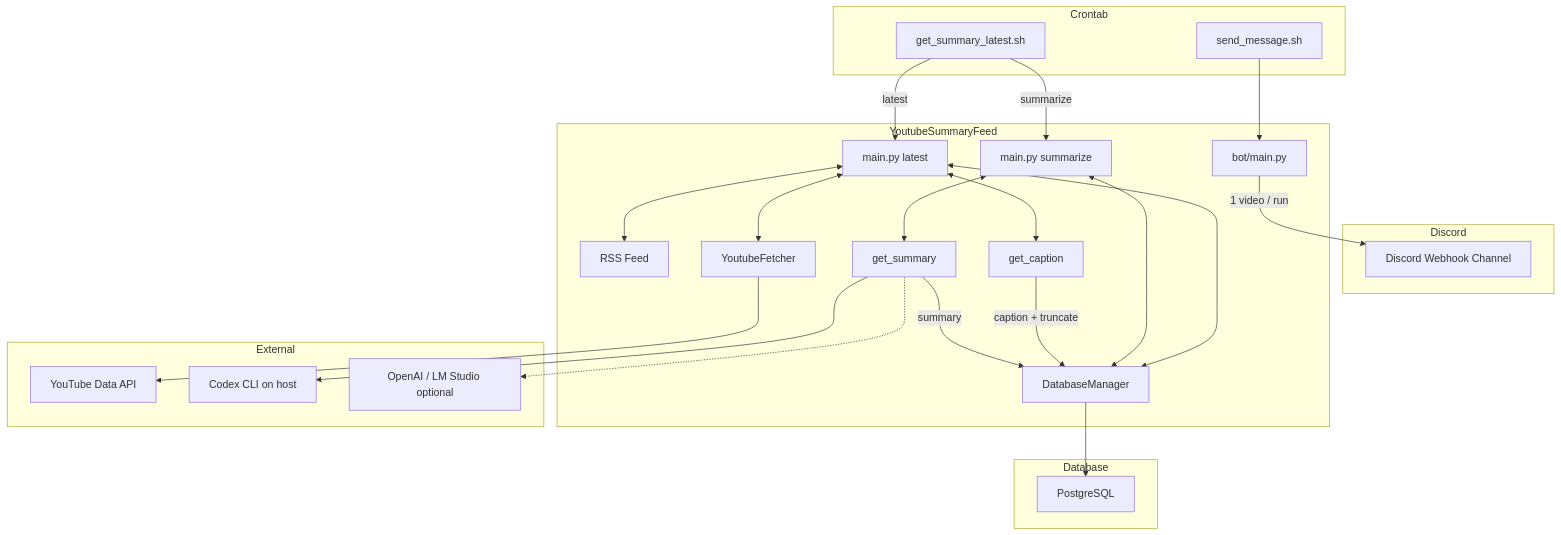
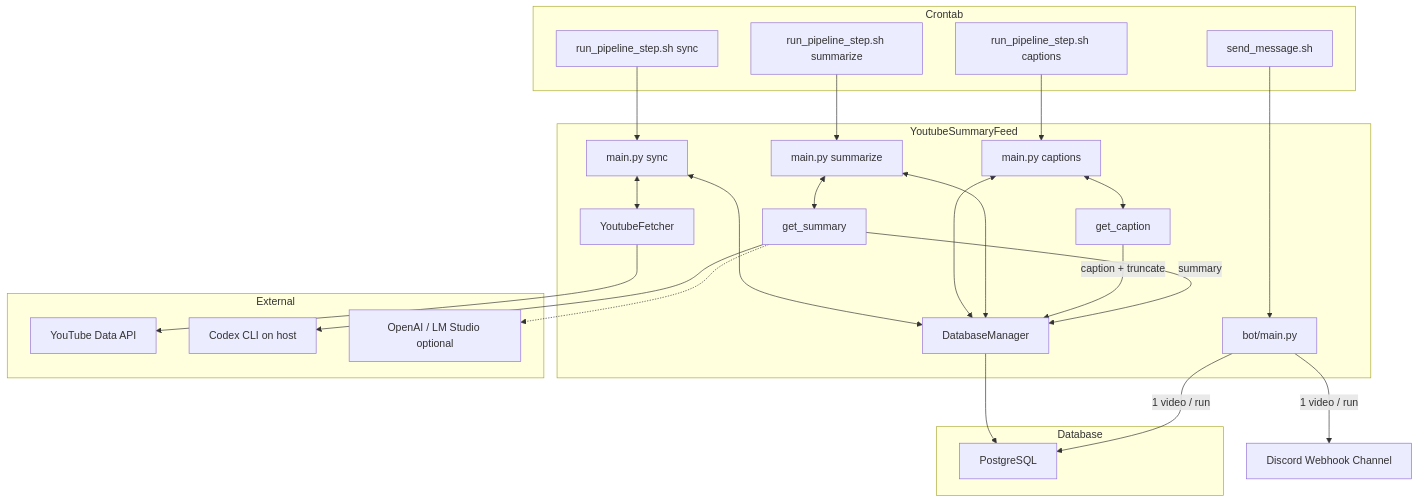
Before and after one commit to hoshimins/youtube_summary_bot: the diagram in document/architecture.md, drawn with Mermaid. The commit also changed 5 other files, not shown here.

````diff
--- a/document/architecture.md
+++ b/document/architecture.md
@@ -1,52 +1,51 @@
 ```mermaid
 graph TD
     subgraph Crontab
-        LatestVideo[get_summary_latest.sh]
+        SyncJob[run_pipeline_step.sh sync]
+        CaptionsJob[run_pipeline_step.sh captions]
+        SummarizeJob[run_pipeline_step.sh summarize]
         SendMessage[send_message.sh]
     end
 
-    subgraph Discord
-        DChannel[Discord Webhook Channel]
-    end
-
     subgraph YoutubeSummaryFeed
-        MainLatest[main.py latest]
+        MainSync[main.py sync]
+        MainCaptions[main.py captions]
         MainSummarize[main.py summarize]
         BotMain[bot/main.py]
-        RSSFeed[RSS Feed]
         YoutubeFetcher[YoutubeFetcher]
         CaptionFetcher[get_caption]
         SummaryGenerator[get_summary]
         DatabaseManager[DatabaseManager]
     end
 
     subgraph External
         YTAPI[YouTube Data API]
         CodexCLI[Codex CLI on host]
         OpenAIorLM[OpenAI / LM Studio optional]
     end
 
     subgraph Database
         Postgres[PostgreSQL]
     end
 
-    LatestVideo -->|latest| MainLatest
-    LatestVideo -->|summarize| MainSummarize
+    SyncJob --> MainSync
+    CaptionsJob --> MainCaptions
+    SummarizeJob --> MainSummarize
     SendMessage --> BotMain
 
-    MainLatest <--> RSSFeed
-    MainLatest <--> CaptionFetcher
-    MainLatest <--> DatabaseManager
-    MainLatest <--> YoutubeFetcher
-
+    MainSync <--> YoutubeFetcher
+    MainSync <--> DatabaseManager
+    MainCaptions <--> CaptionFetcher
+    MainCaptions <--> DatabaseManager
     MainSummarize <--> SummaryGenerator
     MainSummarize <--> DatabaseManager
 
+    YoutubeFetcher --> YTAPI
     CaptionFetcher -->|caption + truncate| DatabaseManager
     SummaryGenerator -->|summary| DatabaseManager
-    YoutubeFetcher --> YTAPI
     SummaryGenerator --> CodexCLI
     SummaryGenerator -.-> OpenAIorLM
     DatabaseManager --> Postgres
-    BotMain -->|1 video / run| DChannel
+    BotMain -->|1 video / run| Postgres
+    BotMain -->|1 video / run| DChannel[Discord Webhook Channel]
 ```
````
